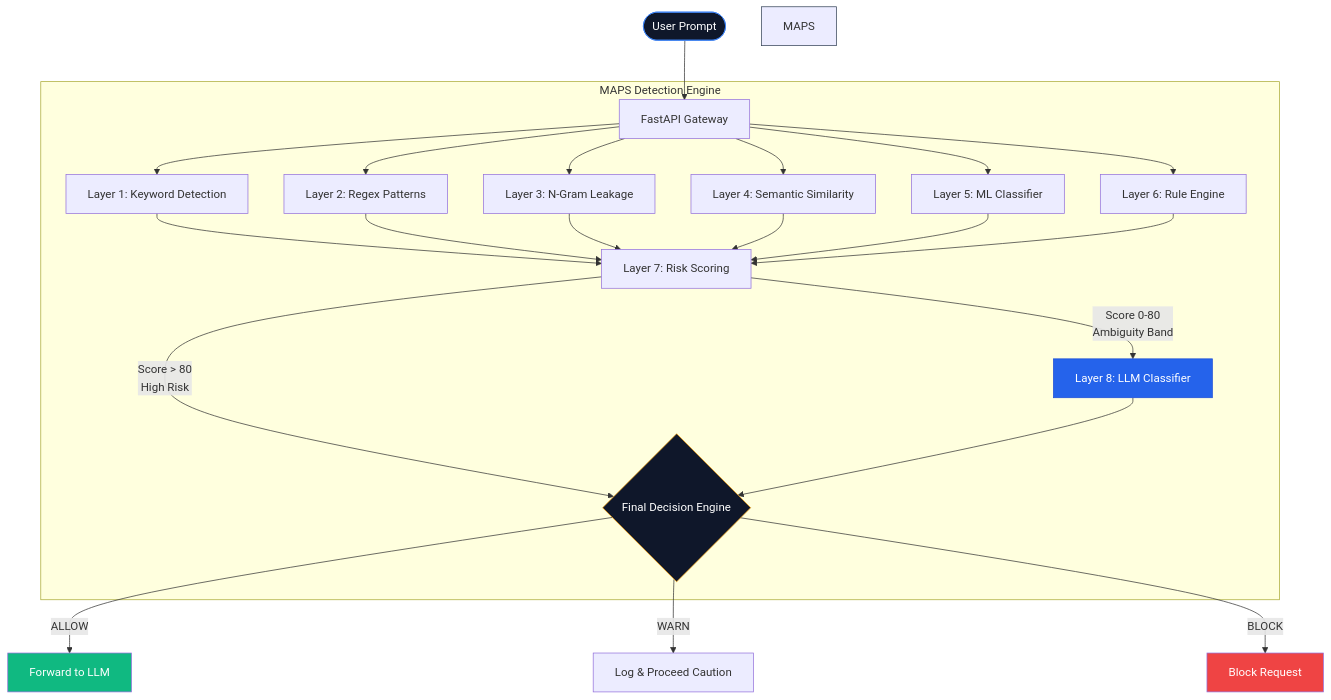
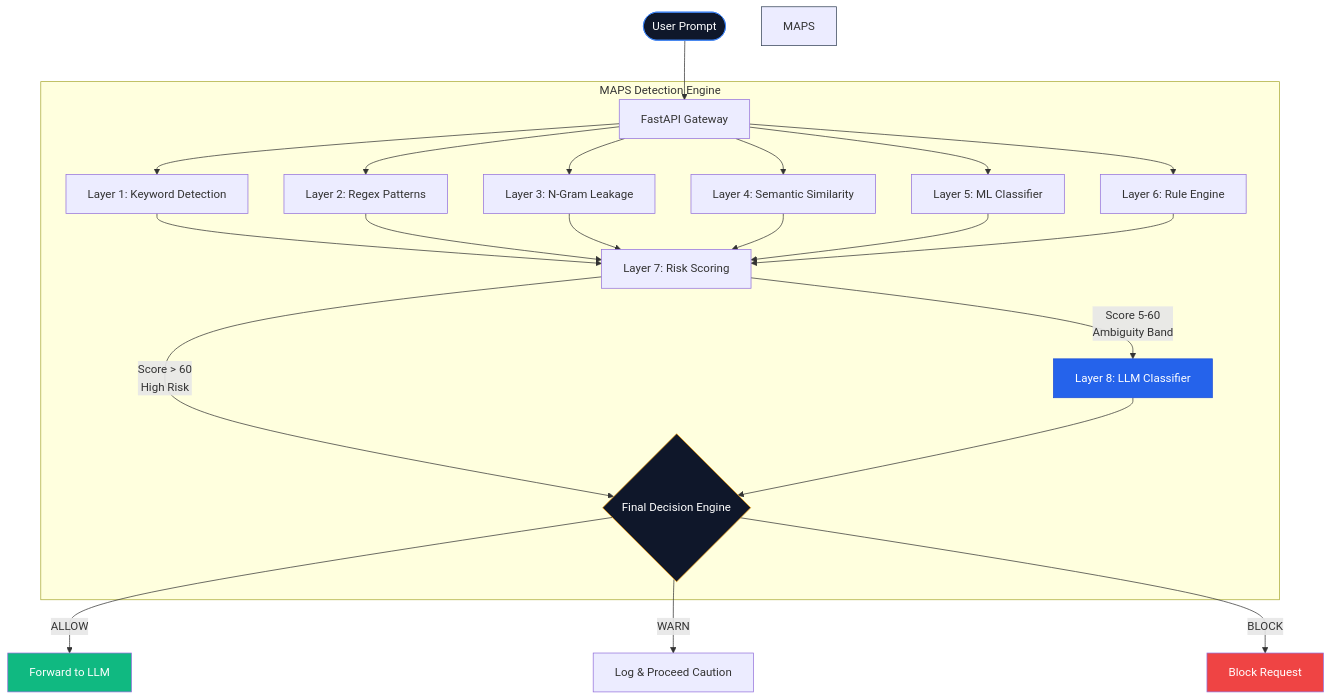
The first of 2 diagrams in README.md (abhineet0770/MaliciousPromptScanner), drawn with Mermaid before and after one commit. The commit also changed 1 other file, not shown here.

Commit message:
Standardize LLM ambiguity band to 5-60 across config, code and docs

````diff
--- a/README.md
+++ b/README.md
@@ -24,31 +24,31 @@
 ```mermaid
 graph TD
     User([User Prompt]) --> API[FastAPI Gateway]
     
     subgraph MAPS Detection Engine
         API --> L1[Layer 1: Keyword Detection]
         API --> L2[Layer 2: Regex Patterns]
         API --> L3[Layer 3: N-Gram Leakage]
         API --> L4[Layer 4: Semantic Similarity]
         API --> L5[Layer 5: ML Classifier]
         API --> L6[Layer 6: Rule Engine]
         
         L1 & L2 & L3 & L4 & L5 & L6 --> L7[Layer 7: Risk Scoring]
         
-        L7 --> |Score 0-80 <br> Ambiguity Band| L8[Layer 8: LLM Classifier]
-        L7 --> |Score > 80 <br> High Risk| Decision
+        L7 --> |Score 5-60 <br> Ambiguity Band| L8[Layer 8: LLM Classifier]
+        L7 --> |Score > 60 <br> High Risk| Decision
         
         L8 --> Decision{Final Decision Engine}
     end
 
     Decision -->|ALLOW| Safe[Forward to LLM]
     Decision -->|WARN| Log[Log & Proceed Caution]
     Decision -->|BLOCK| Block[Block Request]
     
     style User fill:#0f172a,stroke:#3b82f6,color:#fff
     style MAPS Detection Engine fill:#1e293b,stroke:#334155
     style L8 fill:#2563eb,stroke:#1d4ed8,color:#fff
     style Decision fill:#0f172a,stroke:#f59e0b,color:#fff
     style Safe fill:#10b981,color:#fff
     style Block fill:#ef4444,color:#fff
 ```
````
